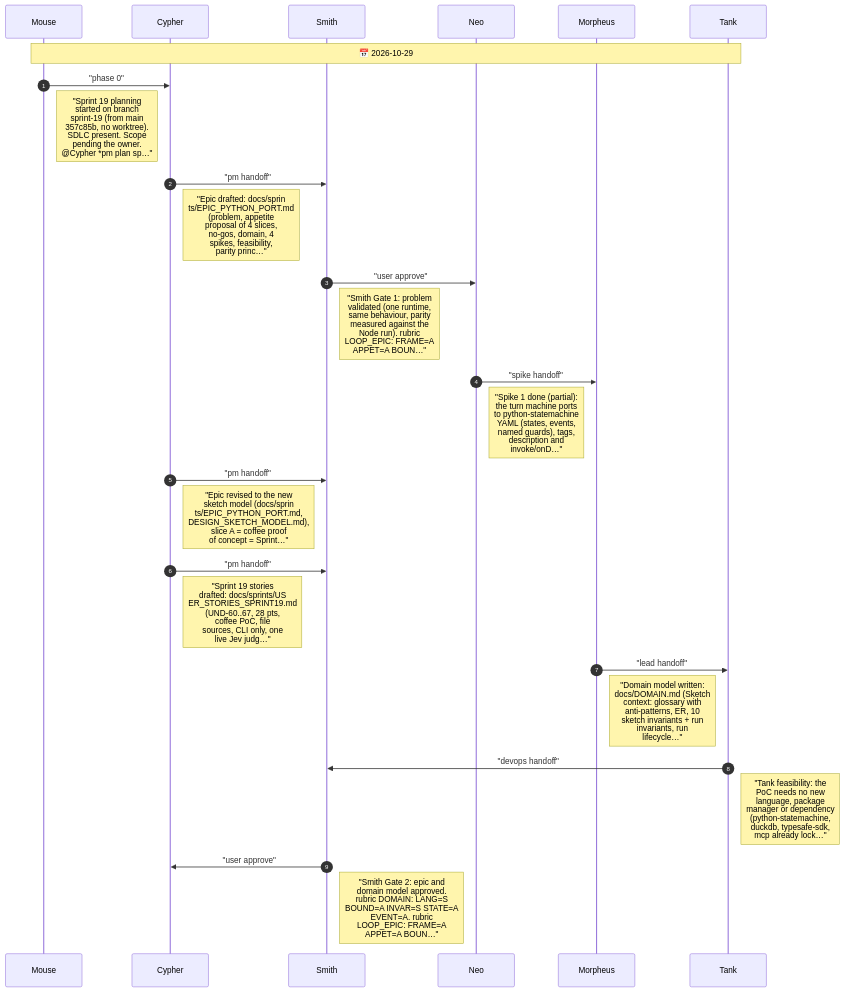
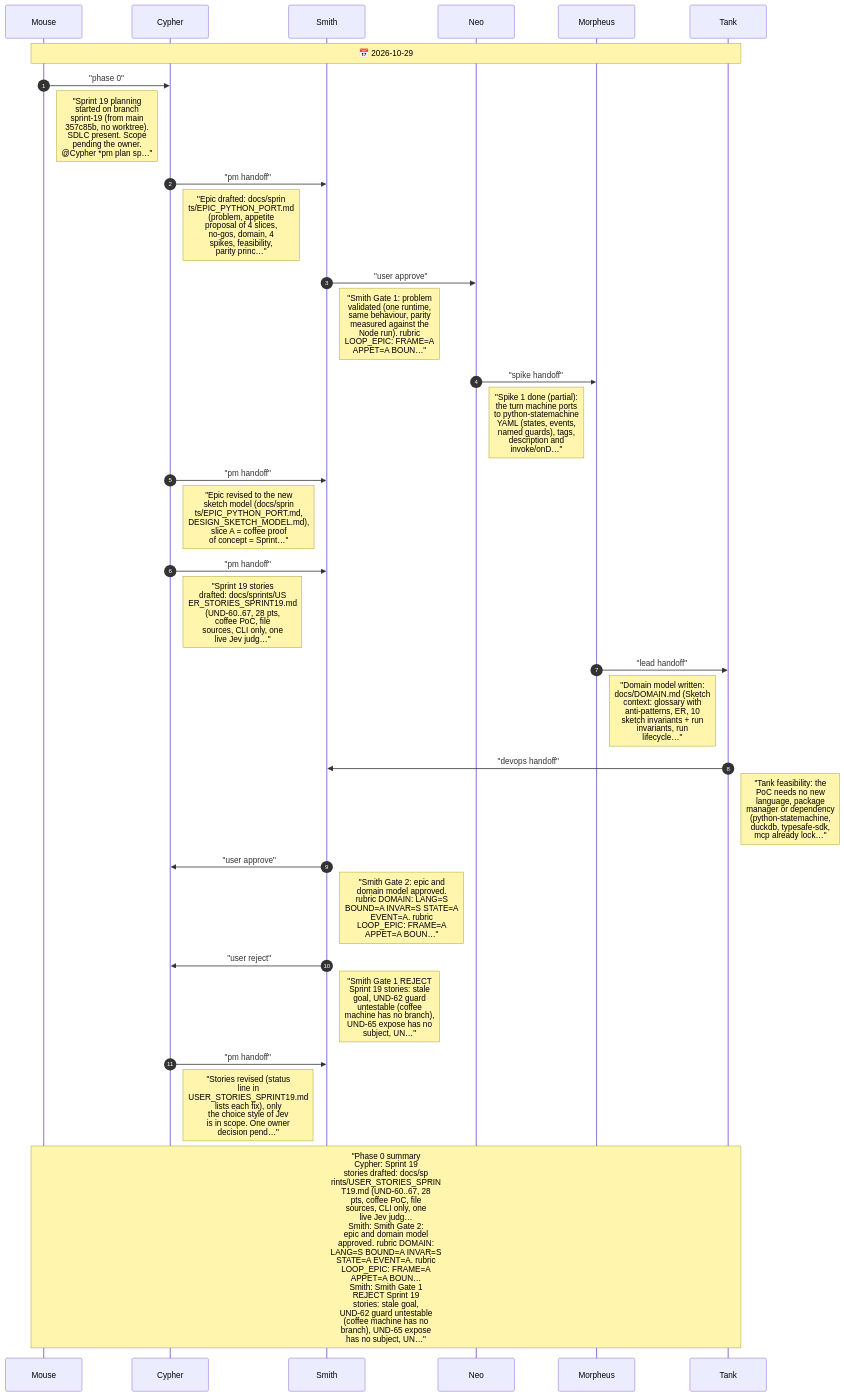
Before and after one commit to drusifer/understudy: the diagram in agents/CHAT.diagram.md, drawn with Mermaid. The commit also changed other lines of this file and 2 other files, not shown here.

Commit message:
Sprint 19 stories revised after Gate 1 rejection
Claude-Session: https://claude.ai/code/session_012KEu15v4MgL2wTiwyDrPod

````diff
--- a/agents/CHAT.diagram.md
+++ b/agents/CHAT.diagram.md
@@ -5,30 +5,35 @@
 ```mermaid
 %%{init: {"sequence": {"messageFontSize": 14, "noteFontSize": 18, "actorFontSize": 14}}}%%
 sequenceDiagram
     autonumber
     participant Mouse
     participant Cypher
     participant Smith
     participant Neo
     participant Morpheus
     participant Tank
     Note over Mouse,Tank: 📅 2026-10-29
     Mouse->>Cypher: "phase 0"
     Note right of Mouse: "Sprint 19 planning<br/>started on branch<br/>sprint-19 (from main<br/>357c85b, no worktree).<br/>SDLC present. Scope<br/>pending the owner.<br/>@Cypher *pm plan sp…"
     Cypher->>Smith: "pm handoff"
     Note right of Cypher: "Epic drafted: docs/sprin<br/>ts/EPIC_PYTHON_PORT.md<br/>(problem, appetite<br/>proposal of 4 slices,<br/>no-gos, domain, 4<br/>spikes, feasibility,<br/>parity princ…"
     Smith->>Neo: "user approve"
     Note right of Smith: "Smith Gate 1: problem<br/>validated (one runtime,<br/>same behaviour, parity<br/>measured against the<br/>Node run). rubric<br/>LOOP_EPIC: FRAME=A<br/>APPET=A BOUN…"
     Neo->>Morpheus: "spike handoff"
     Note right of Neo: "Spike 1 done (partial):<br/>the turn machine ports<br/>to python-statemachine<br/>YAML (states, events,<br/>named guards), tags,<br/>description and<br/>invoke/onD…"
     Cypher->>Smith: "pm handoff"
     Note right of Cypher: "Epic revised to the new<br/>sketch model (docs/sprin<br/>ts/EPIC_PYTHON_PORT.md,<br/>DESIGN_SKETCH_MODEL.md),<br/>slice A = coffee proof<br/>of concept = Sprint…"
     Cypher->>Smith: "pm handoff"
     Note right of Cypher: "Sprint 19 stories<br/>drafted: docs/sprints/US<br/>ER_STORIES_SPRINT19.md<br/>(UND-60..67, 28 pts,<br/>coffee PoC, file<br/>sources, CLI only, one<br/>live Jev judg…"
     Morpheus->>Tank: "lead handoff"
     Note right of Morpheus: "Domain model written:<br/>docs/DOMAIN.md (Sketch<br/>context: glossary with<br/>anti-patterns, ER, 10<br/>sketch invariants + run<br/>invariants, run<br/>lifecycle…"
     Tank->>Smith: "devops handoff"
     Note right of Tank: "Tank feasibility: the<br/>PoC needs no new<br/>language, package<br/>manager or dependency<br/>(python-statemachine,<br/>duckdb, typesafe-sdk,<br/>mcp already lock…"
     Smith->>Cypher: "user approve"
     Note right of Smith: "Smith Gate 2: epic and<br/>domain model approved.<br/>rubric DOMAIN: LANG=S<br/>BOUND=A INVAR=S STATE=A<br/>EVENT=A. rubric<br/>LOOP_EPIC: FRAME=A<br/>APPET=A BOUN…"
+    Smith->>Cypher: "user reject"
+    Note right of Smith: "Smith Gate 1 REJECT<br/>Sprint 19 stories: stale<br/>goal, UND-62 guard<br/>untestable (coffee<br/>machine has no branch),<br/>UND-65 expose has no<br/>subject, UN…"
+    Cypher->>Smith: "pm handoff"
+    Note right of Cypher: "Stories revised (status<br/>line in<br/>USER_STORIES_SPRINT19.md<br/>lists each fix), only<br/>the choice style of Jev<br/>is in scope. One owner<br/>decision pend…"
+    Note over Mouse,Tank: "Phase 0 summary<br/>Cypher: Sprint 19<br/>stories drafted: docs/sp<br/>rints/USER_STORIES_SPRIN<br/>T19.md (UND-60..67, 28<br/>pts, coffee PoC, file<br/>sources, CLI only, one<br/>live Jev judg…<br/>Smith: Smith Gate 2:<br/>epic and domain model<br/>approved. rubric DOMAIN:<br/>LANG=S BOUND=A INVAR=S<br/>STATE=A EVENT=A. rubric<br/>LOOP_EPIC: FRAME=A<br/>APPET=A BOUN…<br/>Smith: Smith Gate 1<br/>REJECT Sprint 19<br/>stories: stale goal,<br/>UND-62 guard untestable<br/>(coffee machine has no<br/>branch), UND-65 expose<br/>has no subject, UN…"
 ```
````
